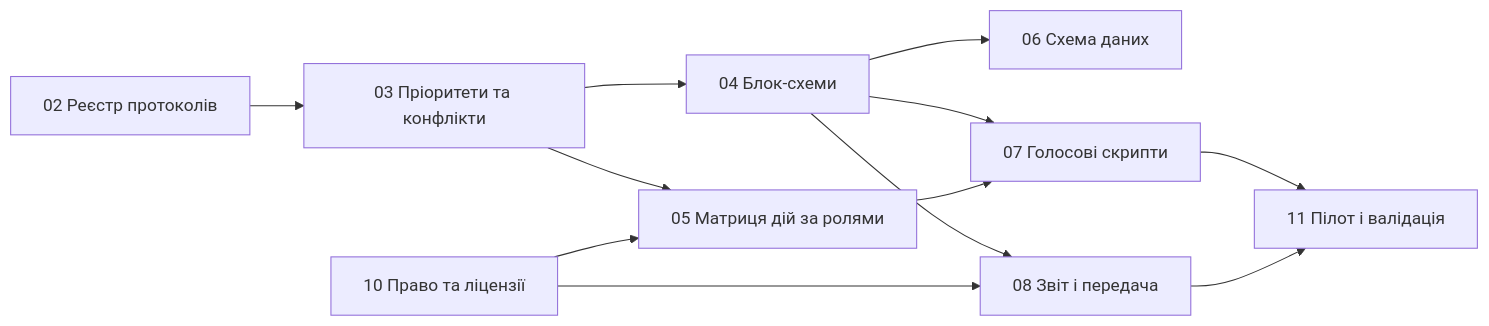
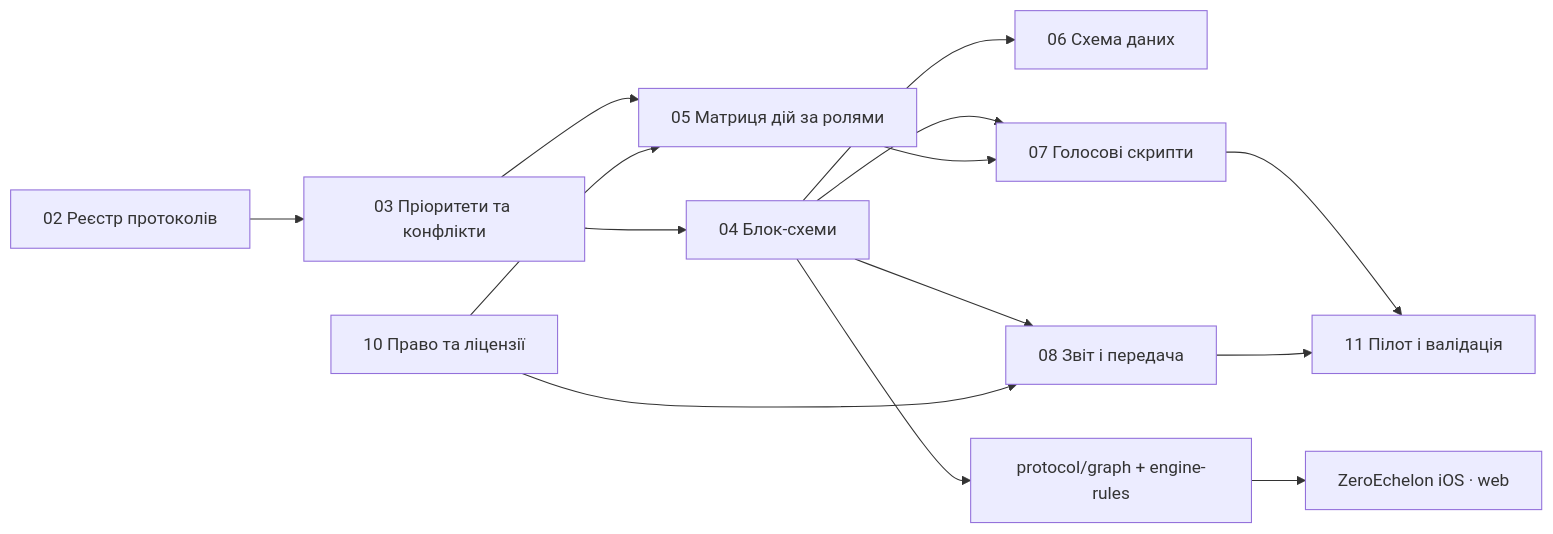
Diagram 12 of 12 in docs/04-блок-схеми.md (kaiserdem/ZeroEchelon), drawn with Mermaid before and after one commit. The commit also changed other lines of this file and 5 other files, not shown here.

````diff
--- a/docs/04-блок-схеми.md
+++ b/docs/04-блок-схеми.md
@@ -268,14 +291,16 @@
 ```mermaid
 flowchart LR
   Reg["02 Реєстр протоколів"] --> Prec["03 Пріоритети та конфлікти"]
   Prec --> Flow["04 Блок-схеми"]
   Flow --> Schema["06 Схема даних"]
   Flow --> Voice["07 Голосові скрипти"]
   Prec --> Roles["05 Матриця дій за ролями"]
   Roles --> Voice
   Flow --> Report["08 Звіт і передача"]
   Legal["10 Право та ліцензії"] --> Roles
   Legal --> Report
   Voice --> Pilot["11 Пілот і валідація"]
   Report --> Pilot
+  Flow --> Graph["protocol/graph + engine-rules"]
+  Graph --> Clients["ZeroEchelon iOS · web"]
 ```
````
